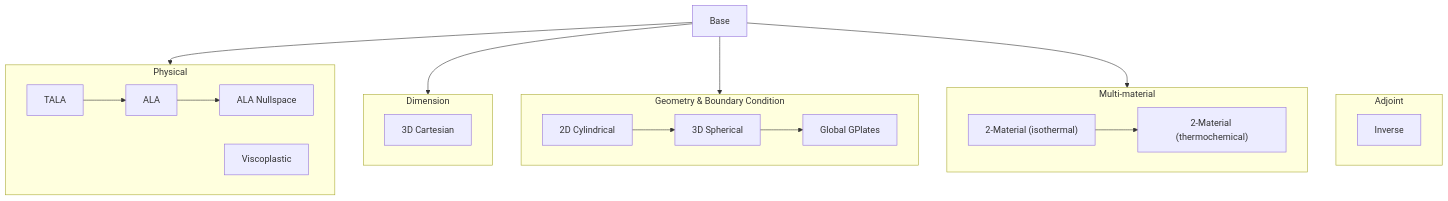
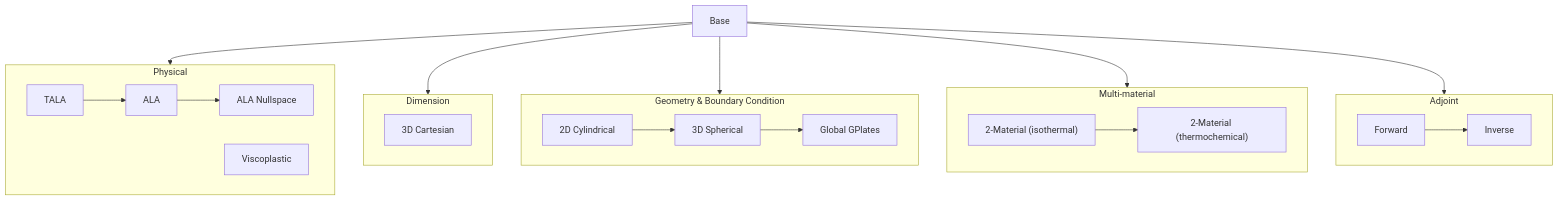
The diagram in demos/.diagram.mermaid (g-adopt/g-adopt), drawn with Mermaid before and after one commit. The commit also changed 10 other files, not shown here.

```diff
--- a/demos/.diagram.mermaid
+++ b/demos/.diagram.mermaid
@@ -1,41 +1,43 @@
 graph TD
   base[Base]
 
   subgraph physical[Physical]
   tala[TALA] --> ala[ALA] --> visualise_ala[ALA Nullspace]
   viscoplastic[Viscoplastic]
   end
 
   subgraph dimension[Dimension]
   cartesian_3d[3D Cartesian]
   end
 
   subgraph geometry["Geometry & Boundary Condition"]
   cylindrical_2d[2D Cylindrical] --> spherical_3d[3D Spherical] --> gplates_global["Global GPlates"]
   end
 
   subgraph multimaterial[Multi-material]
   isothermal["2-Material (isothermal)"] --> thermochemical["2-Material (thermochemical)"]
   end
 
   subgraph adjoint[Adjoint]
-  inverse[Inverse]
+  adjoint_forward[Forward] --> inverse[Inverse]
   end
 
   base --> physical
   base --> dimension
   base --> geometry
   base --> multimaterial
-  base ~~~ adjoint
+  base --> adjoint
 
   click base "base_case"
   click tala "2d_compressible_TALA"
   click ala "2d_compressible_ALA"
   click visualise_ala "visualise_ALA_p_nullspace"
   click viscoplastic "viscoplastic_case"
   click cartesian_3d "3d_cartesian"
   click cylindrical_2d "2d_cylindrical"
   click spherical_3d "3d_spherical"
   click isothermal "compositional_buoyancy"
   click thermochemical "thermochemical_buoyancy"
   click gplates_global "gplates_global"
+  click adjoint_forward "adjoint_forward"
+  click inverse "adjoint"
```
